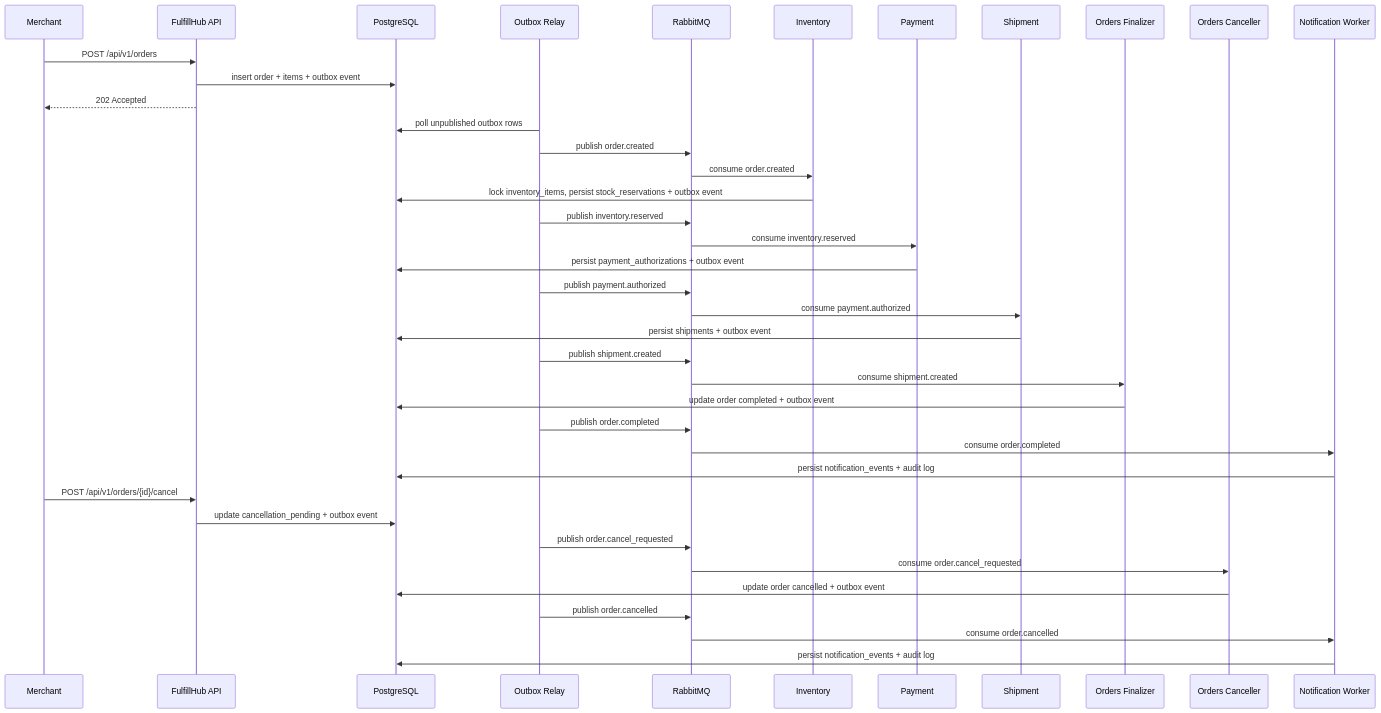
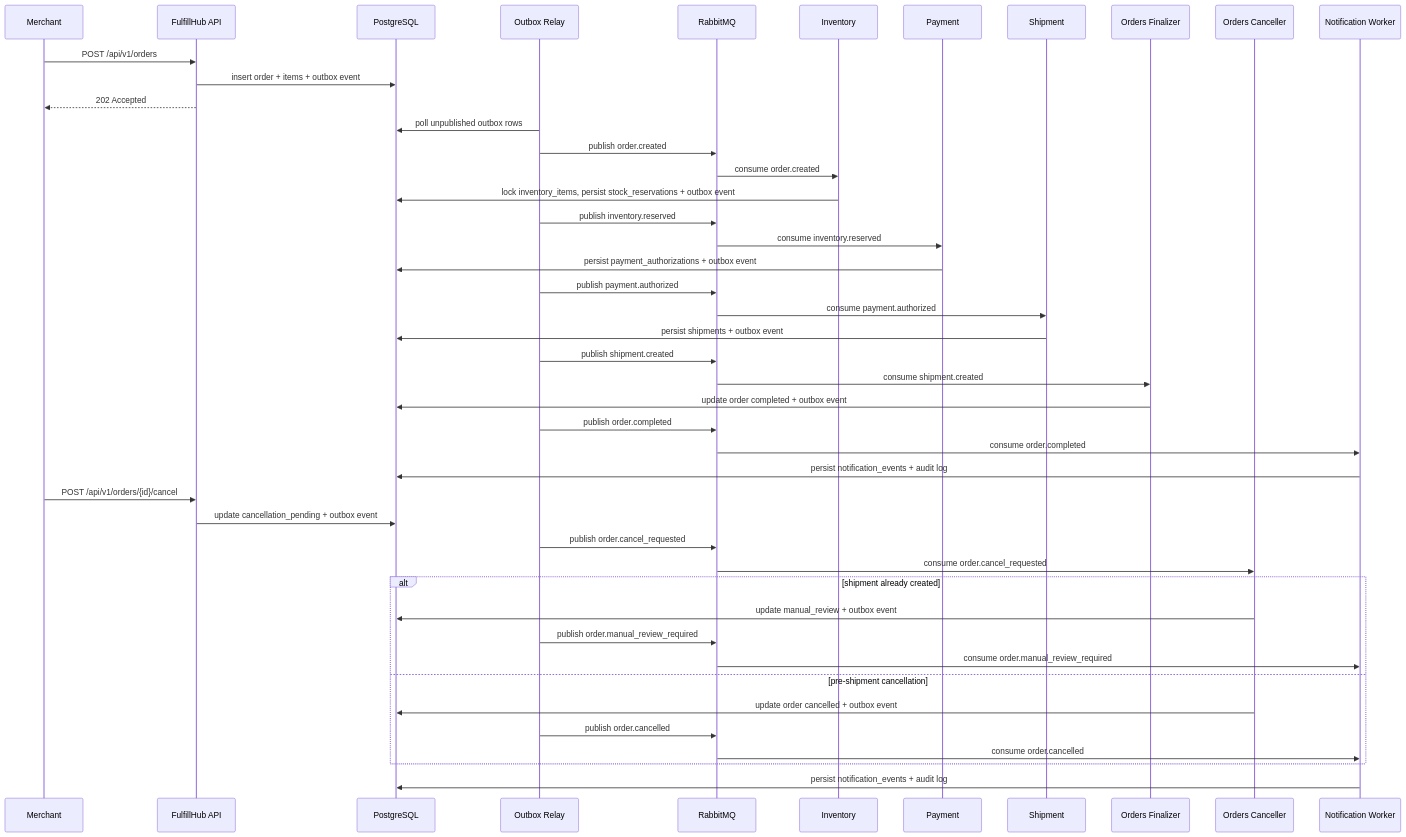
The diagram in docs/diagrams/order-saga-sequence.md (Defyland/fulfillhub-go-commerce-platform), drawn with Mermaid before and after one commit. The commit also changed 12 other files, not shown here.

Commit message:
feat(fulfillment): route shipped cancellations to manual review

````diff
--- a/docs/diagrams/order-saga-sequence.md
+++ b/docs/diagrams/order-saga-sequence.md
@@ -3,43 +3,49 @@
 ```mermaid
 sequenceDiagram
   participant Merchant
   participant API as FulfillHub API
   participant DB as PostgreSQL
   participant Relay as Outbox Relay
   participant MQ as RabbitMQ
   participant Inventory
   participant Payment
   participant Shipment
   participant Orders as Orders Finalizer
   participant Cancel as Orders Canceller
   participant Notify as Notification Worker
 
   Merchant->>API: POST /api/v1/orders
   API->>DB: insert order + items + outbox event
   API-->>Merchant: 202 Accepted
   Relay->>DB: poll unpublished outbox rows
   Relay->>MQ: publish order.created
   MQ->>Inventory: consume order.created
   Inventory->>DB: lock inventory_items, persist stock_reservations + outbox event
   Relay->>MQ: publish inventory.reserved
   MQ->>Payment: consume inventory.reserved
   Payment->>DB: persist payment_authorizations + outbox event
   Relay->>MQ: publish payment.authorized
   MQ->>Shipment: consume payment.authorized
   Shipment->>DB: persist shipments + outbox event
   Relay->>MQ: publish shipment.created
   MQ->>Orders: consume shipment.created
   Orders->>DB: update order completed + outbox event
   Relay->>MQ: publish order.completed
   MQ->>Notify: consume order.completed
   Notify->>DB: persist notification_events + audit log
 
   Merchant->>API: POST /api/v1/orders/{id}/cancel
   API->>DB: update cancellation_pending + outbox event
   Relay->>MQ: publish order.cancel_requested
   MQ->>Cancel: consume order.cancel_requested
-  Cancel->>DB: update order cancelled + outbox event
-  Relay->>MQ: publish order.cancelled
-  MQ->>Notify: consume order.cancelled
+  alt shipment already created
+    Cancel->>DB: update manual_review + outbox event
+    Relay->>MQ: publish order.manual_review_required
+    MQ->>Notify: consume order.manual_review_required
+  else pre-shipment cancellation
+    Cancel->>DB: update order cancelled + outbox event
+    Relay->>MQ: publish order.cancelled
+    MQ->>Notify: consume order.cancelled
+  end
   Notify->>DB: persist notification_events + audit log
 ```
````
